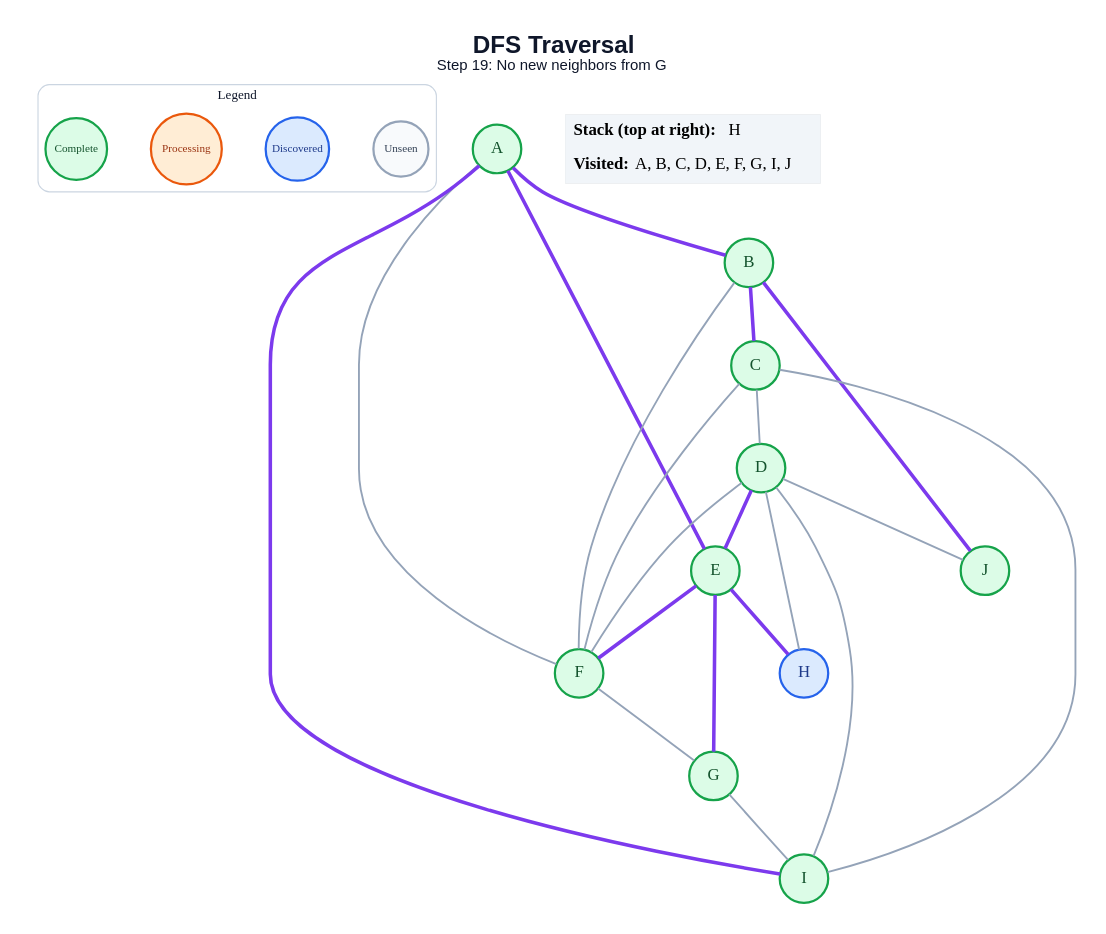
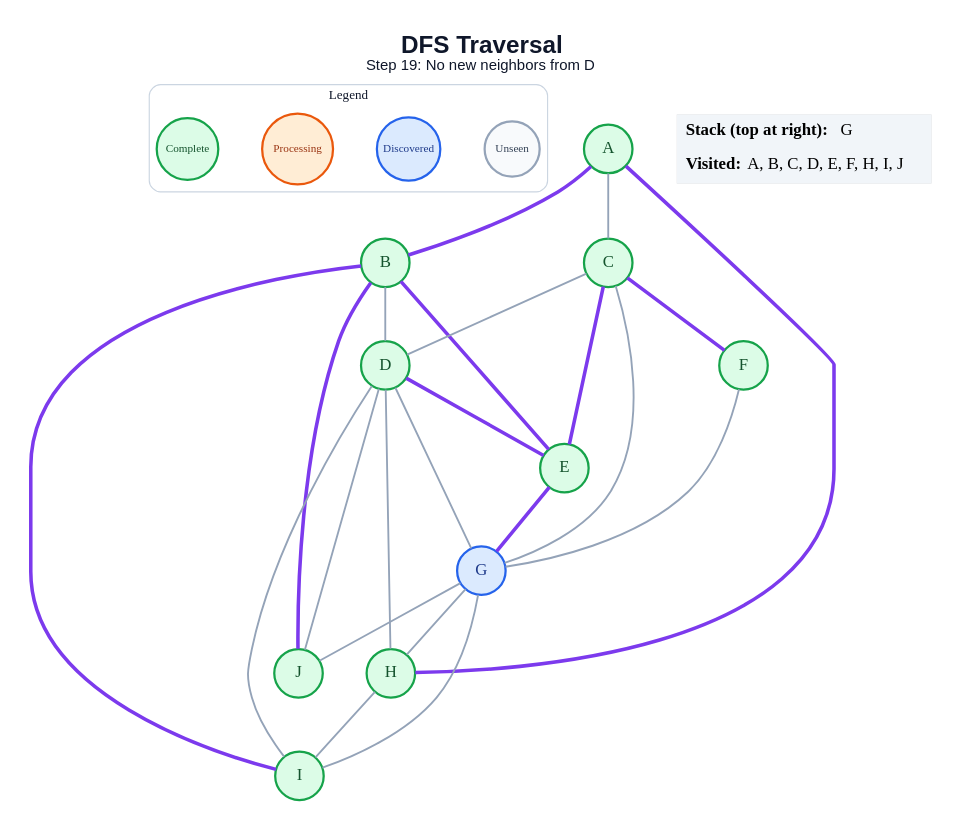
One commit to anon7238593-create/ai-slop changed the diagram in generated/specific-node/dfs/step_19.dot. Above: the diagram before and after it, drawn with Graphviz. The commit also changed 178 other files, not shown here.

```diff
--- a/generated/specific-node/dfs/step_19.dot
+++ b/generated/specific-node/dfs/step_19.dot
@@ -1,49 +1,51 @@
 graph traversal {
   graph [layout=dot, rankdir=TB, bgcolor="#FFFFFF", pad="0.35", nodesep="0.65", ranksep="0.8", fontname="Arial"];
   node [shape=circle, style="filled", fontname="Arial Bold", fontsize=18, width=0.72, fixedsize=true, penwidth=2.4];
   edge [color="#94A3B8", penwidth=2.0];
-  label=<<B>DFS Traversal</B><BR/><FONT POINT-SIZE="16">Step 19: No new neighbors from G</FONT>>; labelloc="t"; fontsize=26; fontname="Arial"; fontcolor="#0F172A";
+  label=<<B>DFS Traversal</B><BR/><FONT POINT-SIZE="16">Step 19: No new neighbors from D</FONT>>; labelloc="t"; fontsize=26; fontname="Arial"; fontcolor="#0F172A";
   subgraph cluster_legend { label="Legend"; color="#CBD5E1"; penwidth=1.2; style="rounded"; fontsize=14; fontname="Arial Bold";
     key_unseen [label="Unseen", fillcolor="#F8FAFC", color="#94A3B8", fontcolor="#334155", fontsize=12, width=0.82];
     key_frontier [label="Discovered", fillcolor="#DBEAFE", color="#2563EB", fontcolor="#1E3A8A", fontsize=12, width=0.95];
     key_current [label="Processing", fillcolor="#FFEDD5", color="#EA580C", fontcolor="#9A3412", fontsize=12, width=1.05];
     key_done [label="Complete", fillcolor="#DCFCE7", color="#16A34A", fontcolor="#14532D", fontsize=12, width=0.92];
     { rank=same; key_unseen; key_frontier; key_current; key_done; }
   }
   A [fillcolor="#DCFCE7", color="#16A34A", fontcolor="#14532D"];
   B [fillcolor="#DCFCE7", color="#16A34A", fontcolor="#14532D"];
   C [fillcolor="#DCFCE7", color="#16A34A", fontcolor="#14532D"];
   D [fillcolor="#DCFCE7", color="#16A34A", fontcolor="#14532D"];
   E [fillcolor="#DCFCE7", color="#16A34A", fontcolor="#14532D"];
   F [fillcolor="#DCFCE7", color="#16A34A", fontcolor="#14532D"];
-  G [fillcolor="#DCFCE7", color="#16A34A", fontcolor="#14532D"];
-  H [fillcolor="#DBEAFE", color="#2563EB", fontcolor="#1E3A8A"];
+  G [fillcolor="#DBEAFE", color="#2563EB", fontcolor="#1E3A8A"];
+  H [fillcolor="#DCFCE7", color="#16A34A", fontcolor="#14532D"];
   I [fillcolor="#DCFCE7", color="#16A34A", fontcolor="#14532D"];
   J [fillcolor="#DCFCE7", color="#16A34A", fontcolor="#14532D"];
   A -- B [color="#7C3AED", penwidth=3.8];
-  A -- E [color="#7C3AED", penwidth=3.8];
-  A -- F;
-  A -- I [color="#7C3AED", penwidth=3.8];
-  B -- C [color="#7C3AED", penwidth=3.8];
-  B -- F;
+  A -- C;
+  A -- H [color="#7C3AED", penwidth=3.8];
+  B -- D;
+  B -- E [color="#7C3AED", penwidth=3.8];
+  B -- I [color="#7C3AED", penwidth=3.8];
   B -- J [color="#7C3AED", penwidth=3.8];
   C -- D;
-  C -- F;
-  C -- I;
+  C -- E [color="#7C3AED", penwidth=3.8];
+  C -- F [color="#7C3AED", penwidth=3.8];
+  C -- G;
   D -- E [color="#7C3AED", penwidth=3.8];
-  D -- F;
+  D -- G;
   D -- H;
   D -- I;
   D -- J;
-  E -- F [color="#7C3AED", penwidth=3.8];
   E -- G [color="#7C3AED", penwidth=3.8];
-  E -- H [color="#7C3AED", penwidth=3.8];
   F -- G;
+  G -- H;
   G -- I;
+  G -- J;
+  H -- I;
   status [shape=plain, fixedsize=false, width=0, height=0, margin=0, label=<
     <TABLE BORDER="0" CELLBORDER="0" CELLPADDING="7" BGCOLOR="#F1F5F9">
-      <TR><TD ALIGN="LEFT"><B>Stack (top at right):</B> H</TD></TR>
-      <TR><TD ALIGN="LEFT"><B>Visited:</B> A, B, C, D, E, F, G, I, J</TD></TR>
+      <TR><TD ALIGN="LEFT"><B>Stack (top at right):</B> G</TD></TR>
+      <TR><TD ALIGN="LEFT"><B>Visited:</B> A, B, C, D, E, F, H, I, J</TD></TR>
     </TABLE>
   >];
 }
```
